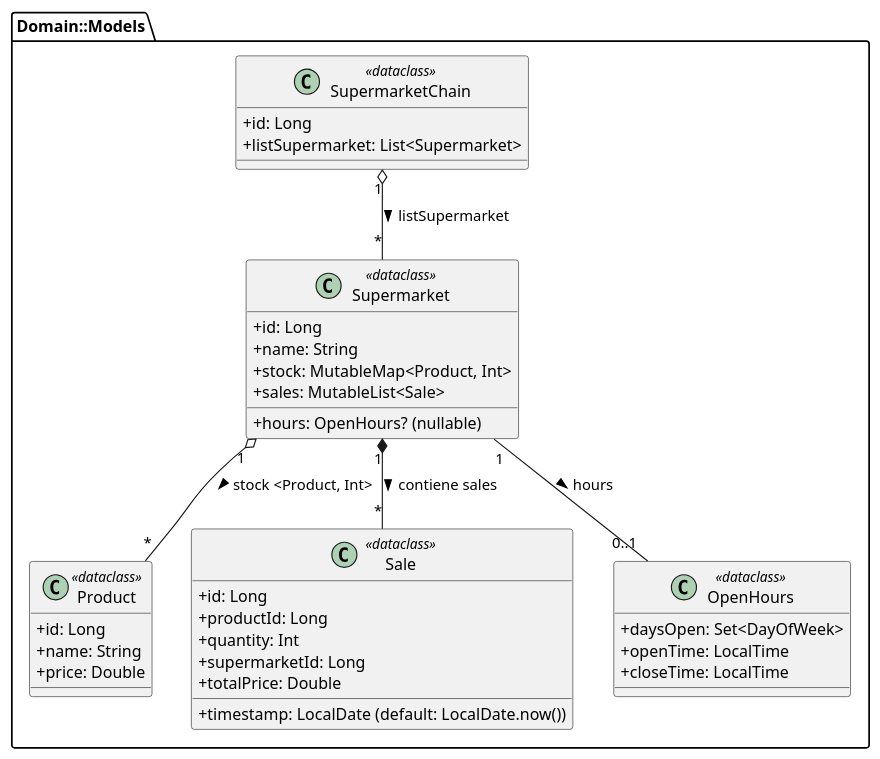
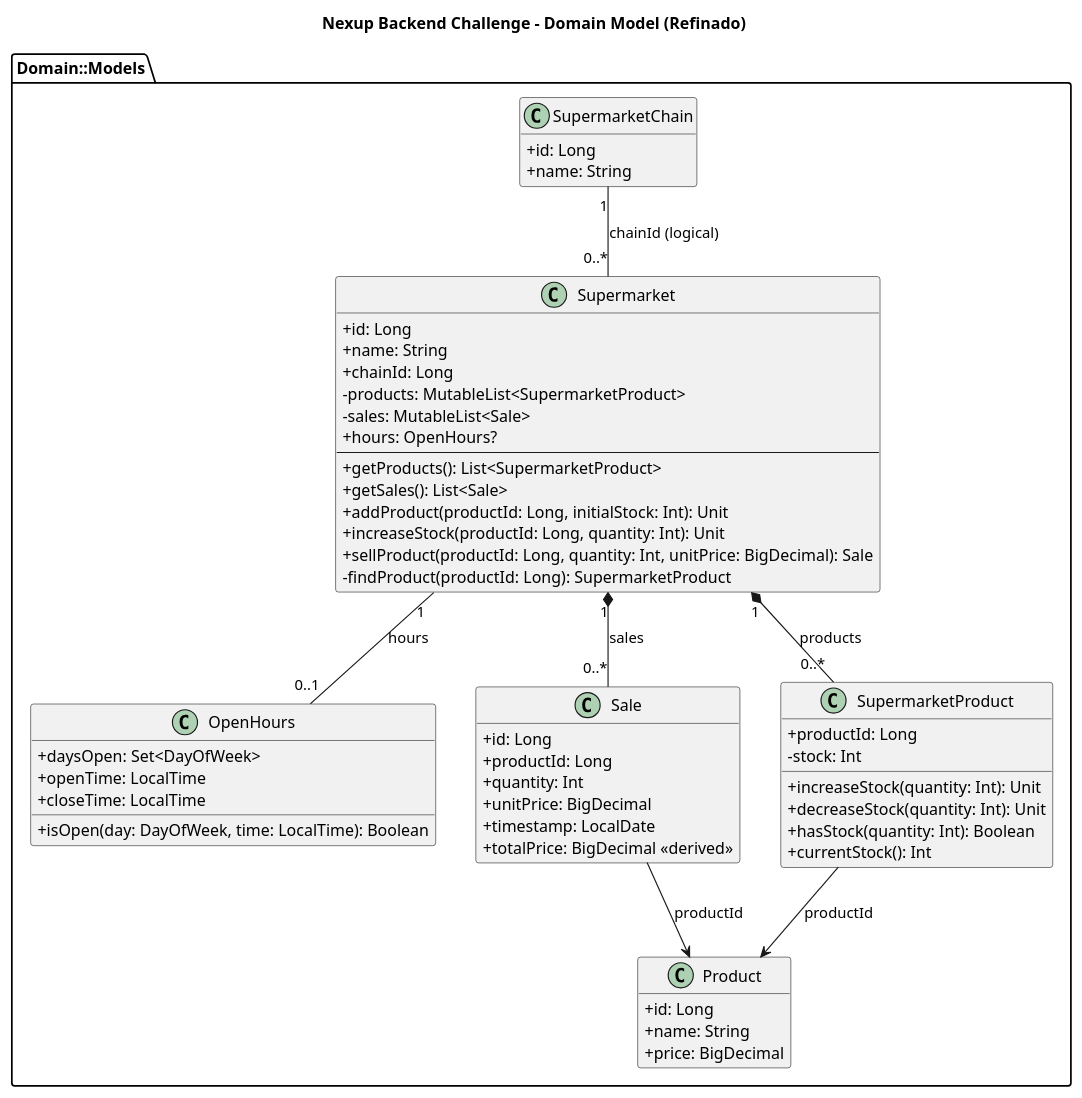
One commit to vgutierrezz/nexup-backend-challenge changed the diagram in docs/diagram.puml. Above: the diagram before and after it, drawn with PlantUML. The commit also changed 29 other files, not shown here.

Commit message:
feat: implement initial domain model for supermarket chain challenge

```diff
--- a/docs/diagram.puml
+++ b/docs/diagram.puml
@@ -1,57 +1,78 @@
 @startuml
-' Diagrama de clases - Nexup Backend Challenge
-' Basado en el código Kotlin actual del proyecto
+title Nexup Backend Challenge - Domain Model (Refinado)
 
 skinparam classAttributeIconSize 0
+hide empty members
 
-' ========== DOMAIN MODELS ==========
 package "Domain::Models" {
 
-  class Product <<dataclass>> {
-    + id: Long
-    + name: String
-    + price: Double
+  class Product {
+    +id: Long
+    +name: String
+    +price: BigDecimal
   }
 
-  class Sale <<dataclass>> {
-    + id: Long
-    + productId: Long
-    + quantity: Int
-    + supermarketId: Long
-    + totalPrice: Double
-    + timestamp: LocalDate (default: LocalDate.now())
+  class OpenHours {
+    +daysOpen: Set<DayOfWeek>
+    +openTime: LocalTime
+    +closeTime: LocalTime
+    +isOpen(day: DayOfWeek, time: LocalTime): Boolean
   }
 
-  class OpenHours <<dataclass>> {
-    + daysOpen: Set<DayOfWeek>
-    + openTime: LocalTime
-    + closeTime: LocalTime
+  class Sale {
+    +id: Long
+    +productId: Long
+    +quantity: Int
+    +unitPrice: BigDecimal
+    +timestamp: LocalDate
+    +totalPrice: BigDecimal <<derived>>
   }
 
-  class Supermarket <<dataclass>> {
-    + id: Long
-    + name: String
-    + stock: MutableMap<Product, Int>
-    + sales: MutableList<Sale>
-    + hours: OpenHours? (nullable)
+  class SupermarketProduct {
+    +productId: Long
+    -stock: Int
+    +increaseStock(quantity: Int): Unit
+    +decreaseStock(quantity: Int): Unit
+    +hasStock(quantity: Int): Boolean
+    +currentStock(): Int
   }
 
-  class SupermarketChain <<dataclass>> {
-    + id: Long
-    + listSupermarket: List<Supermarket>
+  class Supermarket {
+    +id: Long
+    +name: String
+    +chainId: Long
+    -products: MutableList<SupermarketProduct>
+    -sales: MutableList<Sale>
+    +hours: OpenHours?
+    --
+    +getProducts(): List<SupermarketProduct>
+    +getSales(): List<Sale>
+    +addProduct(productId: Long, initialStock: Int): Unit
+    +increaseStock(productId: Long, quantity: Int): Unit
+    +sellProduct(productId: Long, quantity: Int, unitPrice: BigDecimal): Sale
+    -findProduct(productId: Long): SupermarketProduct
+  }
+
+  class SupermarketChain {
+    +id: Long
+    +name: String
   }
 }
 
-' ========== RELACIONES ==========
 
-' Composición
-Supermarket "1" *-- "*" Sale : contiene sales >
 
-' Agregación (Stock: Producto -> Cantidad)
-Supermarket "1" o-- "*" Product : stock <Product, Int> >
+' =========================
+' Relaciones de dominio
+' =========================
 
-' Asociación
-Supermarket "1" -- "0..1" OpenHours : hours >
-SupermarketChain "1" o-- "*" Supermarket : listSupermarket >
+Supermarket "1" *-- "0..*" SupermarketProduct : products
+Supermarket "1" *-- "0..*" Sale : sales
+Supermarket "1" -- "0..1" OpenHours : hours
+
+SupermarketChain "1" -- "0..*" Supermarket : chainId (logical)
+
+SupermarketProduct --> Product : productId
+Sale --> Product : productId
+
 
 @enduml
```
